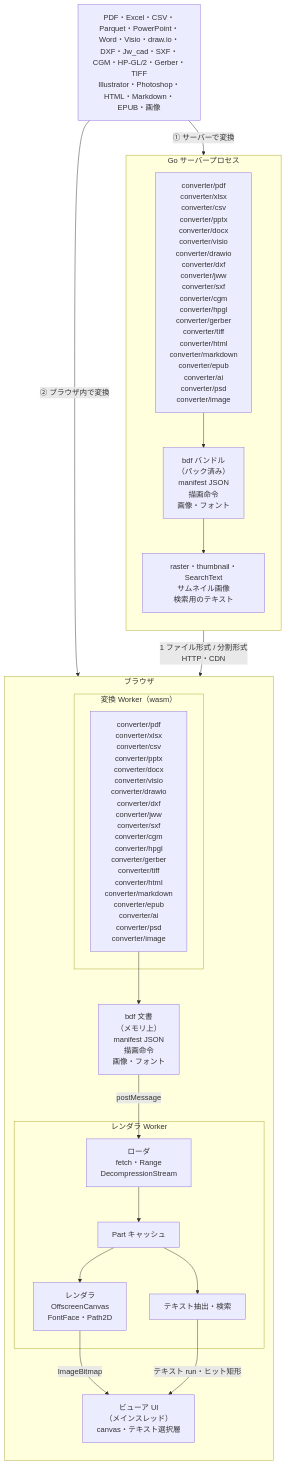
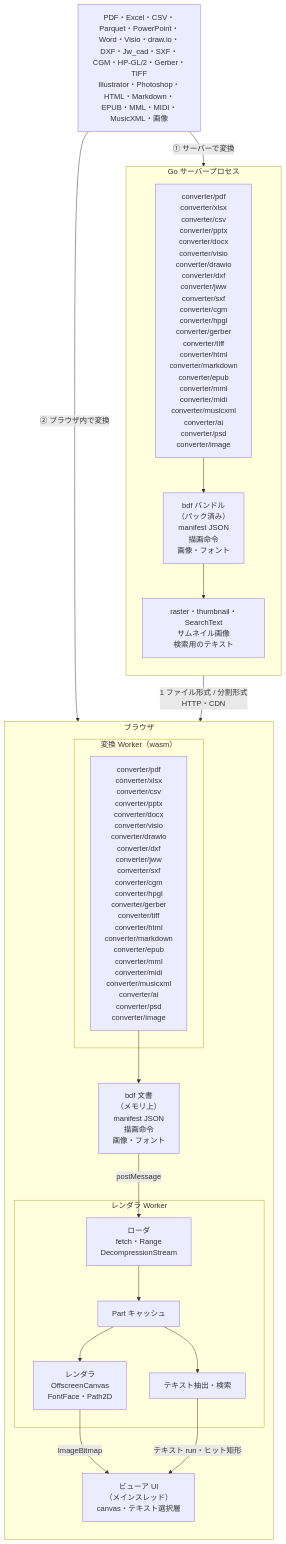
The diagram in README.ja.md (shibukawa/bdf), drawn with Mermaid before and after one commit. The commit also changed other lines of this file and 97 other files, not shown here.

First line of the commit message:
Scores from MML, MIDI and MusicXML, engraved in staff notation and played in the viewer (#39)

````diff
--- a/README.ja.md
+++ b/README.ja.md
@@ -20,39 +20,39 @@
 ```mermaid
 flowchart TB
-    SRC["PDF・Excel・CSV・Parquet・PowerPoint・Word・Visio・draw.io・DXF・Jw_cad・SXF・CGM・HP-GL/2・Gerber・TIFF<br/>Illustrator・Photoshop・HTML・Markdown・EPUB・画像"]
+    SRC["PDF・Excel・CSV・Parquet・PowerPoint・Word・Visio・draw.io・DXF・Jw_cad・SXF・CGM・HP-GL/2・Gerber・TIFF<br/>Illustrator・Photoshop・HTML・Markdown・EPUB・MML・MIDI・MusicXML・画像"]
 
     subgraph SERVER["Go サーバープロセス"]
         direction TB
-        SCONV["converter/pdf<br/>converter/xlsx<br/>converter/csv<br/>converter/pptx<br/>converter/docx<br/>converter/visio<br/>converter/drawio<br/>converter/dxf<br/>converter/jww<br/>converter/sxf<br/>converter/cgm<br/>converter/hpgl<br/>converter/gerber<br/>converter/tiff<br/>converter/html<br/>converter/markdown<br/>converter/epub<br/>converter/ai<br/>converter/psd<br/>converter/image"]
+        SCONV["converter/pdf<br/>converter/xlsx<br/>converter/csv<br/>converter/pptx<br/>converter/docx<br/>converter/visio<br/>converter/drawio<br/>converter/dxf<br/>converter/jww<br/>converter/sxf<br/>converter/cgm<br/>converter/hpgl<br/>converter/gerber<br/>converter/tiff<br/>converter/html<br/>converter/markdown<br/>converter/epub<br/>converter/mml<br/>converter/midi<br/>converter/musicxml<br/>converter/ai<br/>converter/psd<br/>converter/image"]
         BUNDLE["bdf バンドル<br/>（パック済み）<br/>manifest JSON<br/>描画命令<br/>画像・フォント"]
         PREVIEW["raster・thumbnail・SearchText<br/>サムネイル画像<br/>検索用のテキスト"]
         SCONV --> BUNDLE
         BUNDLE --> PREVIEW
     end
 
     subgraph BROWSER["ブラウザ"]
         direction TB
         subgraph CWORKER["変換 Worker（wasm）"]
-            WCONV["converter/pdf<br/>converter/xlsx<br/>converter/csv<br/>converter/pptx<br/>converter/docx<br/>converter/visio<br/>converter/drawio<br/>converter/dxf<br/>converter/jww<br/>converter/sxf<br/>converter/cgm<br/>converter/hpgl<br/>converter/gerber<br/>converter/tiff<br/>converter/html<br/>converter/markdown<br/>converter/epub<br/>converter/ai<br/>converter/psd<br/>converter/image"]
+            WCONV["converter/pdf<br/>converter/xlsx<br/>converter/csv<br/>converter/pptx<br/>converter/docx<br/>converter/visio<br/>converter/drawio<br/>converter/dxf<br/>converter/jww<br/>converter/sxf<br/>converter/cgm<br/>converter/hpgl<br/>converter/gerber<br/>converter/tiff<br/>converter/html<br/>converter/markdown<br/>converter/epub<br/>converter/mml<br/>converter/midi<br/>converter/musicxml<br/>converter/ai<br/>converter/psd<br/>converter/image"]
         end
         PARTS["bdf 文書<br/>（メモリ上）<br/>manifest JSON<br/>描画命令<br/>画像・フォント"]
         subgraph RWORKER["レンダラ Worker"]
             LOADER["ローダ<br/>fetch・Range<br/>DecompressionStream"]
             STORE["Part キャッシュ"]
             RENDER["レンダラ<br/>OffscreenCanvas<br/>FontFace・Path2D"]
             TEXT["テキスト抽出・検索"]
             LOADER --> STORE
             STORE --> RENDER
             STORE --> TEXT
         end
         UI["ビューア UI<br/>（メインスレッド）<br/>canvas・テキスト選択層"]
         WCONV --> PARTS
     end
 
     SRC -- "① サーバーで変換" --> SCONV
     SRC -- "② ブラウザ内で変換" --> WCONV
     BUNDLE -- "1 ファイル形式 / 分割形式<br/>HTTP・CDN" --> LOADER
     PARTS -- "postMessage" --> LOADER
     RENDER -- "ImageBitmap" --> UI
     TEXT -- "テキスト run・ヒット矩形" --> UI
 ```
````
